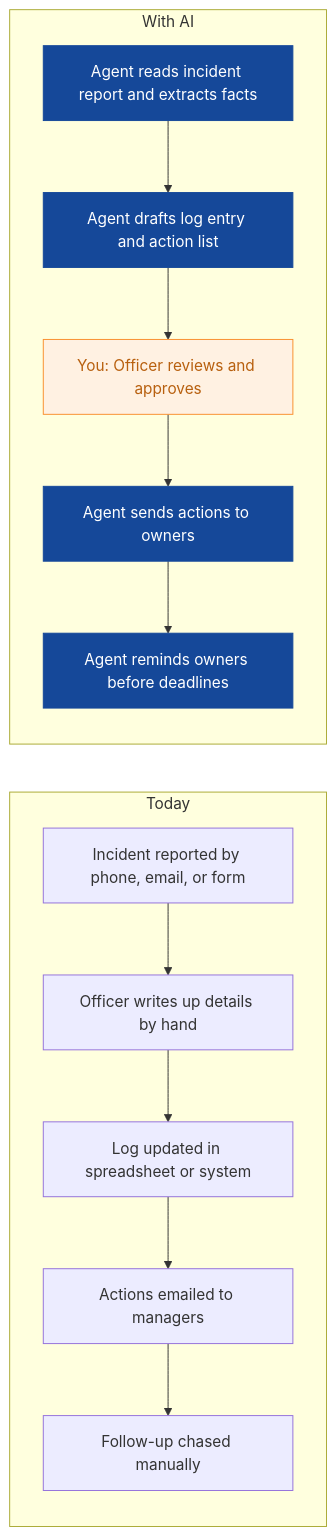
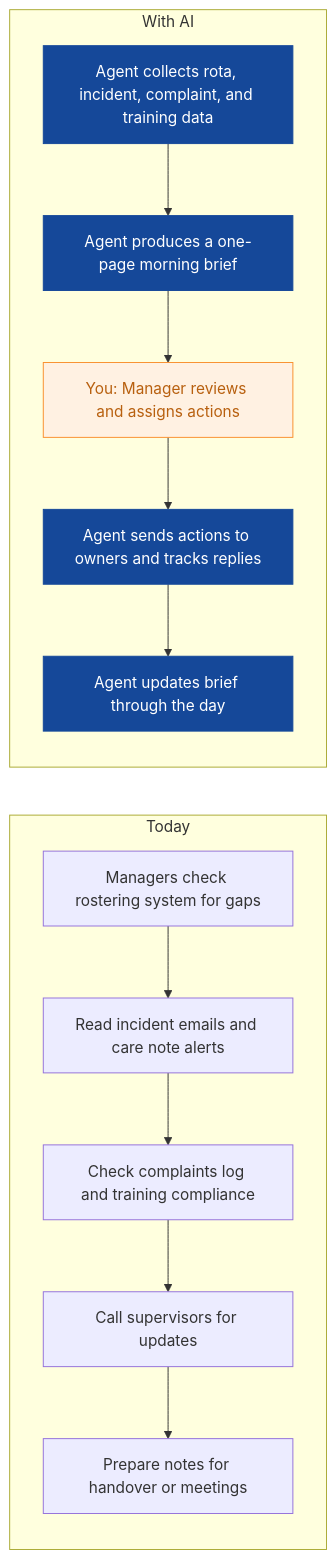
Before and after one commit to nexibeo/Complete-AI-Strategy: the seventh of 8 diagrams in strategies/evergreen-home-care.md, drawn with Mermaid. The commit also changed other lines of this file and 26 other files, not shown here.

````diff
--- a/strategies/evergreen-home-care.md
+++ b/strategies/evergreen-home-care.md
@@ -253,23 +227,23 @@
 ```mermaid
 flowchart LR
   subgraph Today
-    B0["Incident reported by phone, email, or form"]
-    B1["Officer writes up details by hand"]
-    B2["Log updated in spreadsheet or system"]
-    B3["Actions emailed to managers"]
-    B4["Follow-up chased manually"]
+    B0["Managers check rostering system for gaps"]
+    B1["Read incident emails and care note alerts"]
+    B2["Check complaints log and training compliance"]
+    B3["Call supervisors for updates"]
+    B4["Prepare notes for handover or meetings"]
     B0 --> B1 --> B2 --> B3 --> B4
   end
   subgraph WithAI[With AI]
-    A0["Agent reads incident report and extracts facts"]
-    A1["Agent drafts log entry and action list"]
-    A2["You: Officer reviews and approves"]
-    A3["Agent sends actions to owners"]
-    A4["Agent reminds owners before deadlines"]
+    A0["Agent collects rota, incident, complaint, and training data"]
+    A1["Agent produces a one-page morning brief"]
+    A2["You: Manager reviews and assigns actions"]
+    A3["Agent sends actions to owners and tracks replies"]
+    A4["Agent updates brief through the day"]
     A0 --> A1 --> A2 --> A3 --> A4
   end
   classDef ai fill:#154899,color:#fff,stroke:#154899
   classDef human fill:#FFF1E2,color:#B8600F,stroke:#F98F2C
   class A0,A1,A3,A4 ai
   class A2 human
 ```
````
